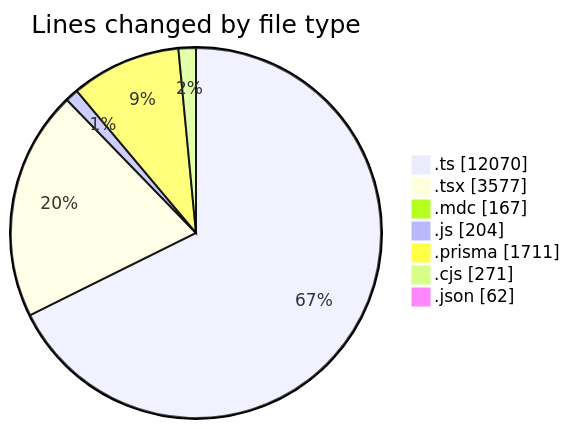
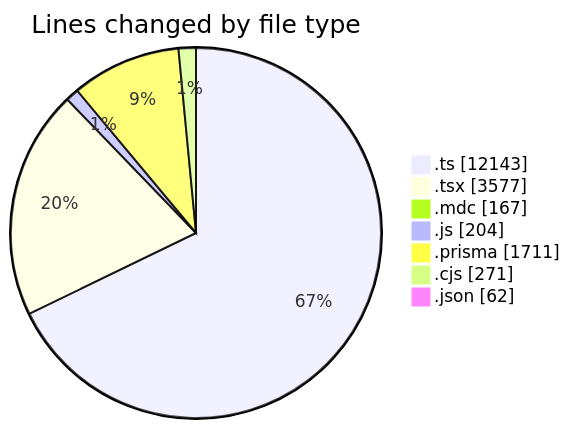
One commit to CELIANVF/code-tracking changed the first of 2 diagrams in 2025-06-06/ecodeli-1/README.md. Above: the diagram before and after it, drawn with Mermaid. The commit also changed other lines of this file and 1 other file, not shown here.

````diff
--- a/2025-06-06/ecodeli-1/README.md
+++ b/2025-06-06/ecodeli-1/README.md
@@ -66,11 +67,11 @@
 ```mermaid
 pie showData
 title Lines changed by file type
-".ts" : 12070
+".ts" : 12143
 ".tsx" : 3577
 ".mdc" : 167
 ".js" : 204
 ".prisma" : 1711
 ".cjs" : 271
 ".json" : 62
 ```
````
